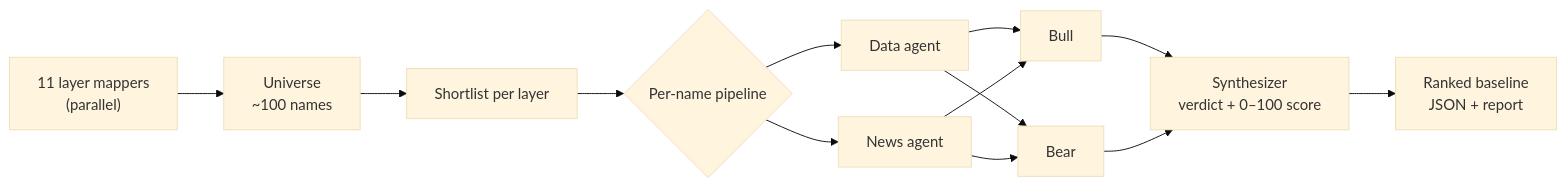
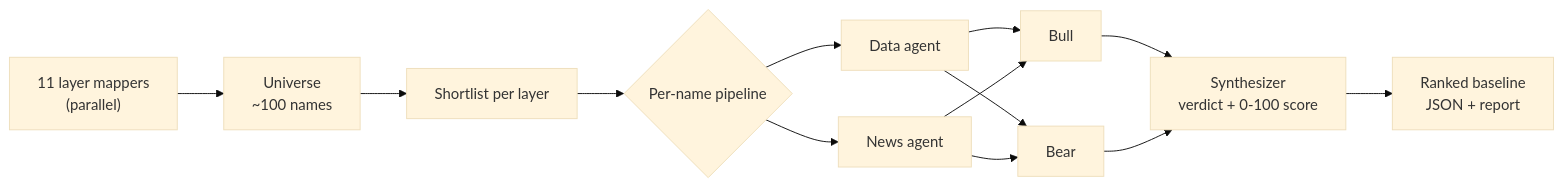
Before and after one commit to alanvaa06/ai-value-chain-tracker: the first of 3 diagrams in README.md, drawn with Mermaid (base theme). The commit also changed other lines of this file, not shown here.

````diff
--- a/README.md
+++ b/README.md
@@ -40,15 +40,15 @@
 ```mermaid
 flowchart LR
   A["11 layer mappers<br/>(parallel)"] --> B["Universe<br/>~100 names"]
   B --> C["Shortlist per layer"]
   C --> D{"Per-name pipeline"}
   D --> E["Data agent"]
   D --> F["News agent"]
   E --> G["Bull"]
   F --> G
   E --> H["Bear"]
   F --> H
-  G --> I["Synthesizer<br/>verdict + 0–100 score"]
+  G --> I["Synthesizer<br/>verdict + 0-100 score"]
   H --> I
   I --> J["Ranked baseline<br/>JSON + report"]
 ```
````
